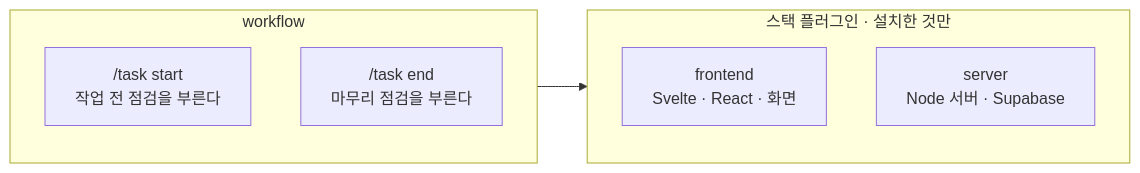
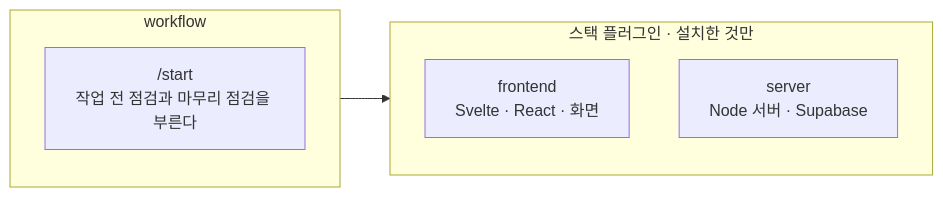
One commit to JiHoon777/j-dev-kit changed the second of 2 diagrams in README.md. Above: the diagram before and after it, drawn with Mermaid. The commit also changed other lines of this file and 240 other files, not shown here.

First line of the commit message:
feat(workflow): task 스킬을 backlog 와 start 로 나누고, 계획 승인과 superpowers 를 떼고, pstack 원칙·스킬·플레이북을 들인다 (016)

````diff
--- a/README.md
+++ b/README.md
@@ -29,12 +28,11 @@
 ```mermaid
 flowchart LR
   subgraph wf["workflow"]
-    S["/task start<br/>작업 전 점검을 부른다"]
-    E["/task end<br/>마무리 점검을 부른다"]
+    S["/start<br/>작업 전 점검과 마무리 점검을 부른다"]
   end
   subgraph stack["스택 플러그인 · 설치한 것만"]
     F["frontend<br/>Svelte · React · 화면"]
     V["server<br/>Node 서버 · Supabase"]
   end
   wf --> stack
 ```
````
